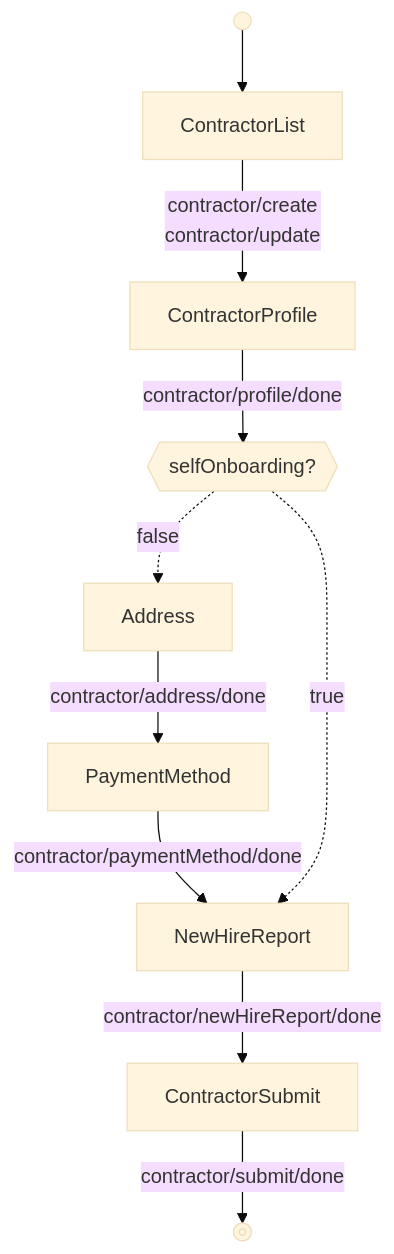
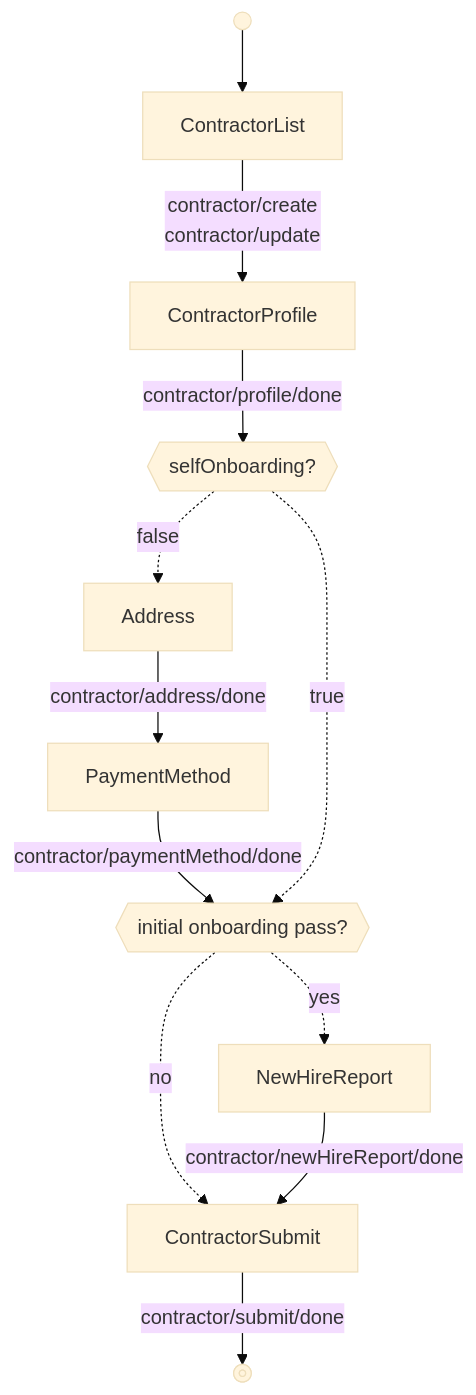
The diagram in src/components/Contractor/OnboardingFlow/GUIDE.md (Gusto/embedded-react-sdk), drawn with Mermaid (base theme) before and after one commit. The commit also changed other lines of this file and 8 other files, not shown here.

First line of the commit message:
fix: gate contractor new hire report to initial onboarding pass

````diff
--- a/src/components/Contractor/OnboardingFlow/GUIDE.md
+++ b/src/components/Contractor/OnboardingFlow/GUIDE.md
@@ -14,14 +16,17 @@
 ```mermaid
 flowchart
   start@{ shape: sm-circ } --> ContractorList
   ContractorList -->|"contractor/create<br/>contractor/update"| ContractorProfile
   ContractorProfile -->|"contractor/profile/done"| selfOnboarding{{"selfOnboarding?"}}
   selfOnboarding -.->|false| Address
   Address -->|"contractor/address/done"| PaymentMethod
-  PaymentMethod -->|"contractor/paymentMethod/done"| NewHireReport
-  selfOnboarding -.->|true| NewHireReport
+  PaymentMethod -->|"contractor/paymentMethod/done"| initialPass{{"initial onboarding pass?"}}
+  selfOnboarding -.->|true| initialPass
+  initialPass -.->|yes| NewHireReport
+  initialPass -.->|no| ContractorSubmit
   NewHireReport -->|"contractor/newHireReport/done"| ContractorSubmit
   ContractorSubmit -->|"contractor/submit/done"| done@{ shape: fr-circ, label: " " }
 
   class selfOnboarding branch
+  class initialPass branch
 ```
````
